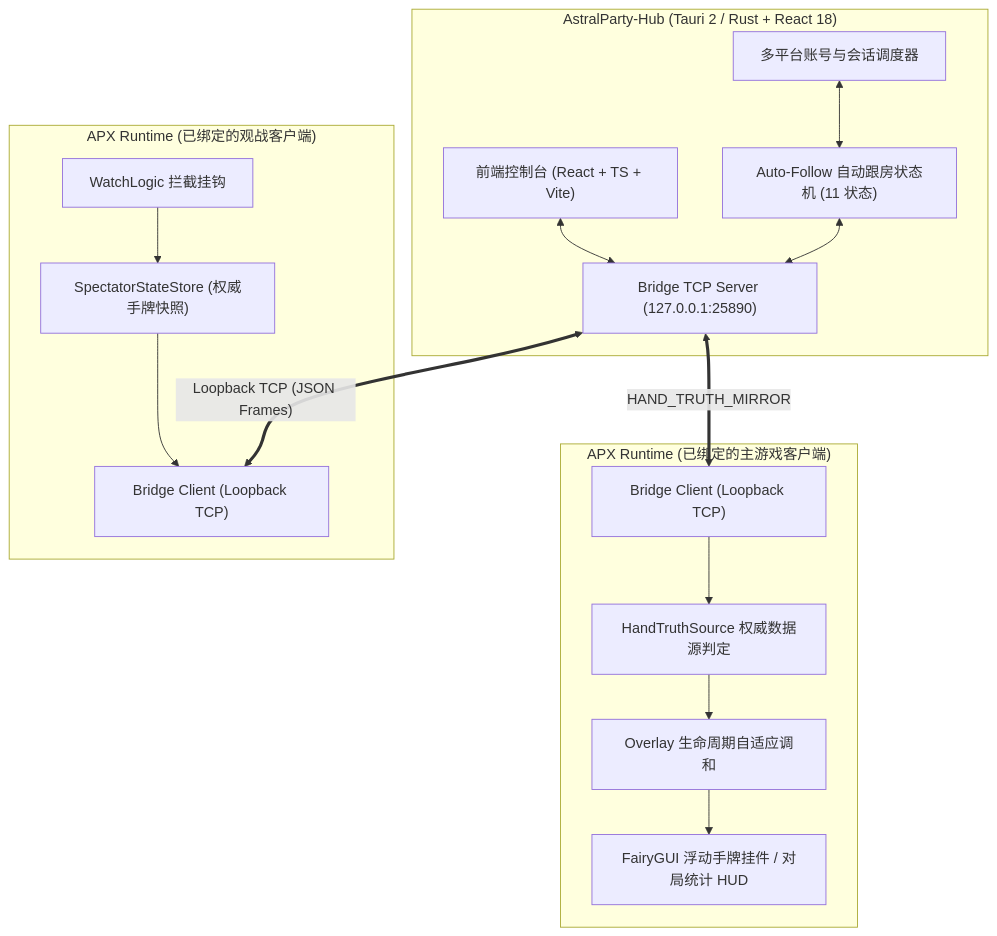
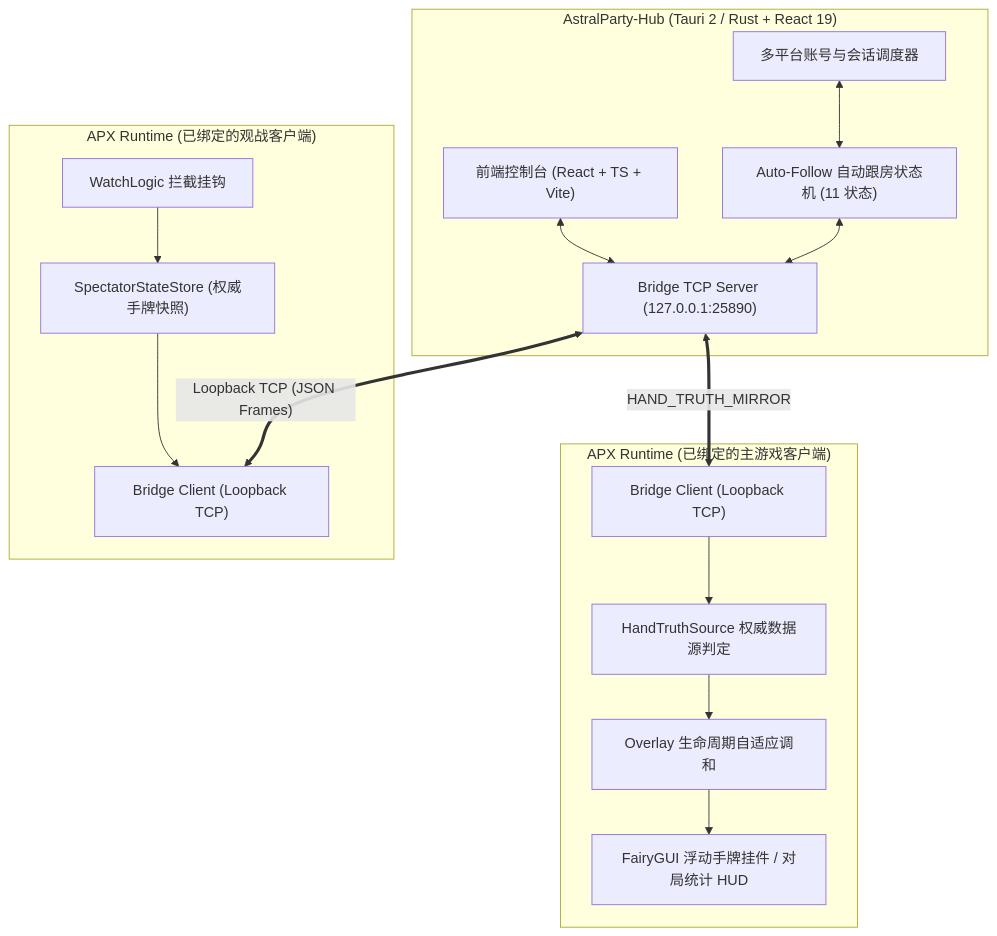
Before and after one commit to Breezecaresses/Xingshu-hub: the diagram in README_CN.md, drawn with Mermaid. The commit also changed other lines of this file and 98 other files, not shown here.

````diff
--- a/README_CN.md
+++ b/README_CN.md
@@ -62,33 +69,33 @@
 ```mermaid
 flowchart TD
-    subgraph Hub["AstralParty-Hub (Tauri 2 / Rust + React 18)"]
+    subgraph Hub["AstralParty-Hub (Tauri 2 / Rust + React 19)"]
         UI["前端控制台 (React + TS + Vite)"]
         FSM["Auto-Follow 自动跟房状态机 (11 状态)"]
         TCPServer["Bridge TCP Server (127.0.0.1:25890)"]
         AccountMgr["多平台账号与会话调度器"]
         UI <--> TCPServer
         FSM <--> TCPServer
         AccountMgr <--> FSM
     end
 
     subgraph RuntimeSpectator["APX Runtime (已绑定的观战客户端)"]
         SpecHook["WatchLogic 拦截挂钩"]
         SpecStore["SpectatorStateStore (权威手牌快照)"]
         SpecBridge["Bridge Client (Loopback TCP)"]
         SpecHook --> SpecStore
         SpecStore --> SpecBridge
     end
 
     subgraph RuntimeMain["APX Runtime (已绑定的主游戏客户端)"]
         MainBridge["Bridge Client (Loopback TCP)"]
         TruthSource["HandTruthSource 权威数据源判定"]
         Reconcile["Overlay 生命周期自适应调和"]
         FairyGUI["FairyGUI 浮动手牌挂件 / 对局统计 HUD"]
         MainBridge --> TruthSource
         TruthSource --> Reconcile
         Reconcile --> FairyGUI
     end
 
     TCPServer <== "Loopback TCP (JSON Frames)" ==> SpecBridge
     TCPServer <== "HAND_TRUTH_MIRROR" ==> MainBridge
 ```
````
